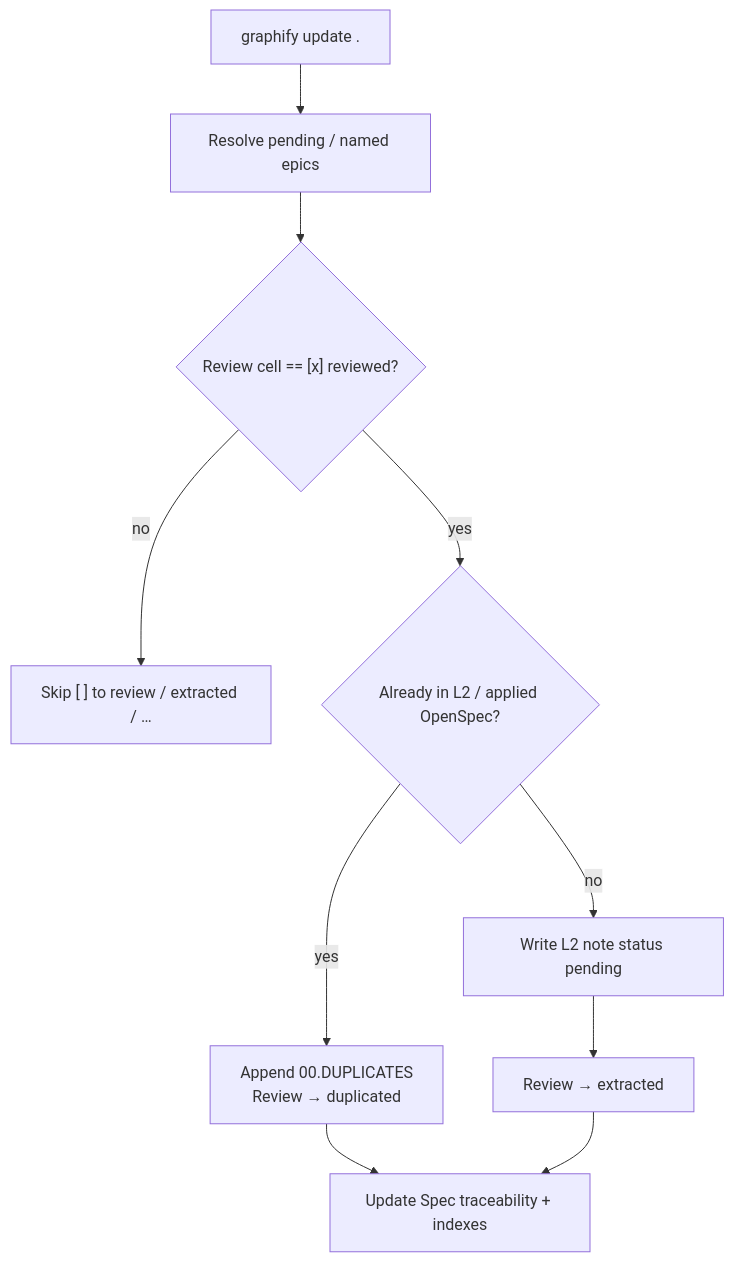
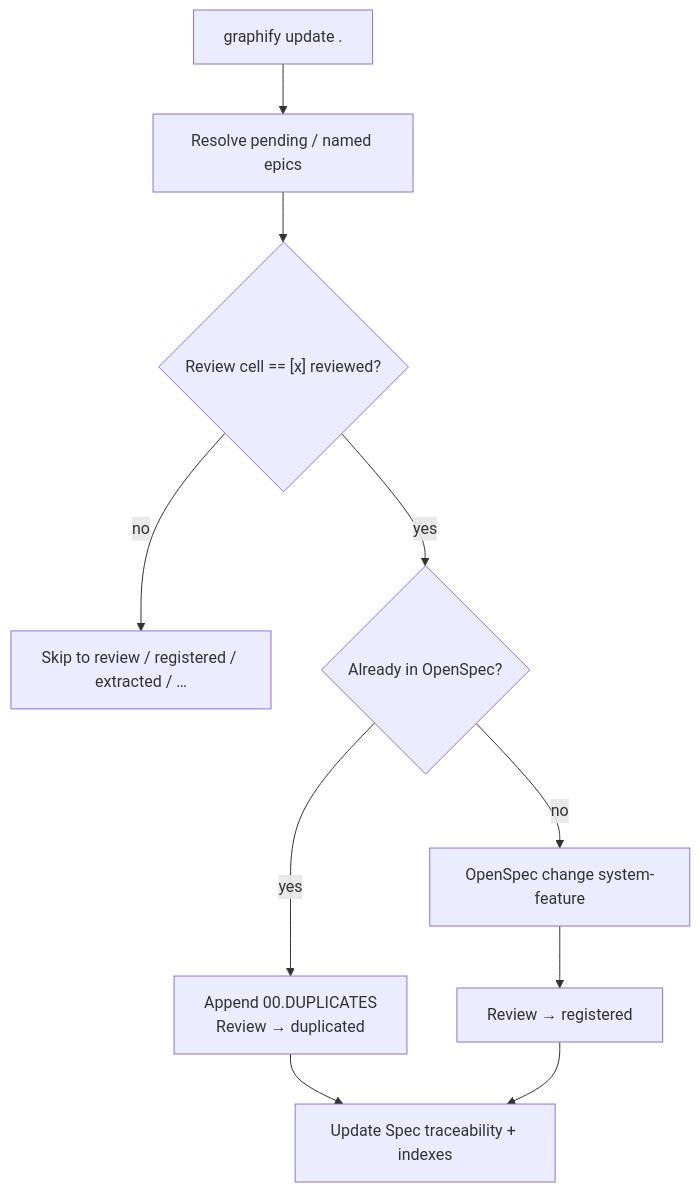
The sixth of 9 diagrams in .dsh/METHODOLOGY.md (AdamAntinoo/neocom-meta), drawn with Mermaid before and after one commit. The commit also changed other lines of this file and 261 other files, not shown here.

````diff
--- a/.dsh/METHODOLOGY.md
+++ b/.dsh/METHODOLOGY.md
@@ -347,12 +326,12 @@
 ```mermaid
 flowchart TD
   g1["graphify update ."] --> scope["Resolve pending / named epics"]
   scope --> gate{"Review cell == [x] reviewed?"}
-  gate -->|no| skip["Skip [ ] to review / extracted / …"]
-  gate -->|yes| pass{"Already in L2 / applied OpenSpec?"}
+  gate -->|no| skip["Skip to review / registered / extracted / …"]
+  gate -->|yes| pass{"Already in OpenSpec?"}
   pass -->|yes| dup["Append 00.DUPLICATES<br/>Review → duplicated"]
-  pass -->|no| write["Write L2 note status pending"]
-  write --> flip["Review → extracted"]
+  pass -->|no| write["OpenSpec change system-feature"]
+  write --> flip["Review → registered"]
   dup --> idx["Update Spec traceability + indexes"]
   flip --> idx
 ```
````
